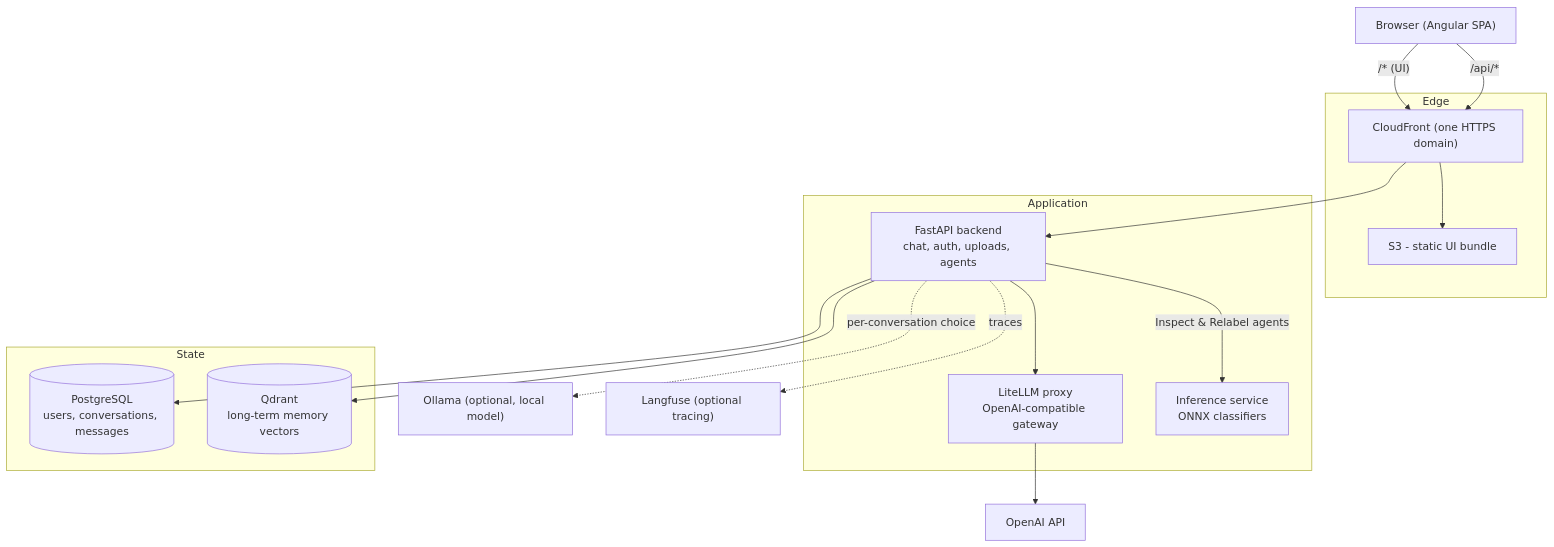
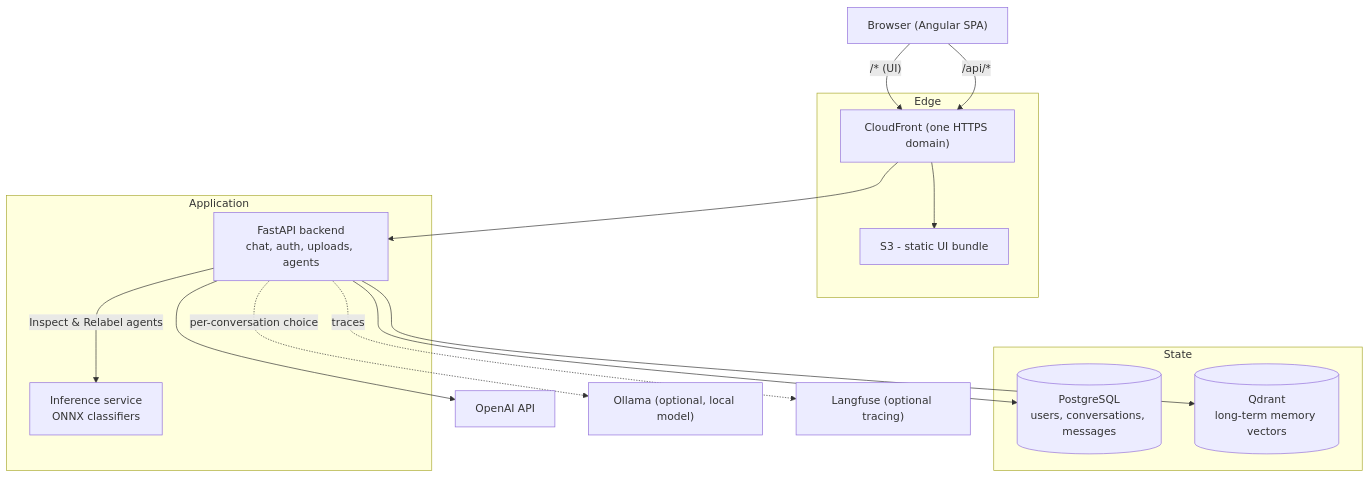
Before and after one commit to JC-prog/sentinel-pcb: the first of 2 diagrams in docs/ARCHITECTURE.md, drawn with Mermaid. The commit also changed other lines of this file and 10 other files, not shown here.

First line of the commit message:
docs: LiteLLM is gone, the app calls OpenAI directly

````diff
--- a/docs/ARCHITECTURE.md
+++ b/docs/ARCHITECTURE.md
@@ -27,33 +27,32 @@
 ```mermaid
 flowchart TD
     browser["Browser (Angular SPA)"]
 
     subgraph edge["Edge"]
         cf["CloudFront (one HTTPS domain)"]
         s3["S3 - static UI bundle"]
     end
 
     subgraph app["Application"]
         be["FastAPI backend<br/>chat, auth, uploads, agents"]
-        lite["LiteLLM proxy<br/>OpenAI-compatible gateway"]
         inf["Inference service<br/>ONNX classifiers"]
     end
 
     subgraph data["State"]
         pg[("PostgreSQL<br/>users, conversations, messages")]
         qd[("Qdrant<br/>long-term memory vectors")]
     end
 
     openai["OpenAI API"]
     ollama["Ollama (optional, local model)"]
     langfuse["Langfuse (optional tracing)"]
 
     browser -->|"/* (UI)"| cf --> s3
     browser -->|"/api/*"| cf --> be
     be --> pg
     be --> qd
-    be --> lite --> openai
+    be --> openai
     be -.->|per-conversation choice| ollama
     be -->|Inspect & Relabel agents| inf
     be -.->|traces| langfuse
 ```
````
